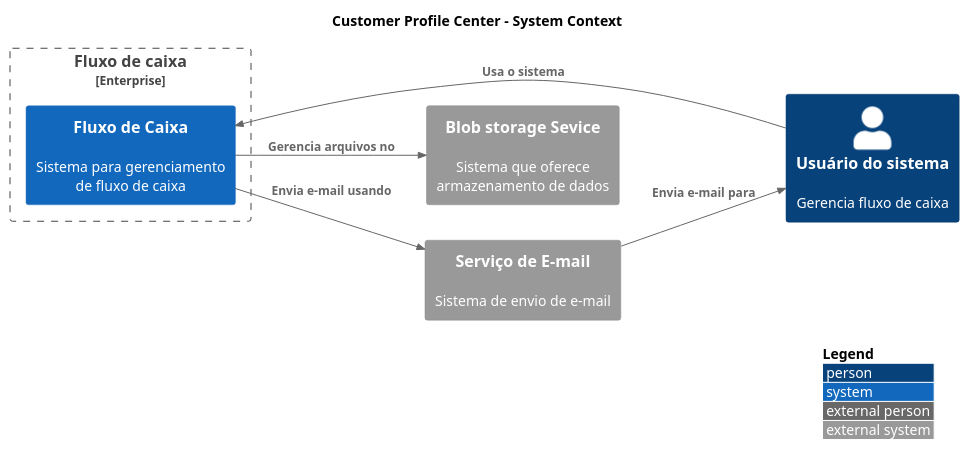
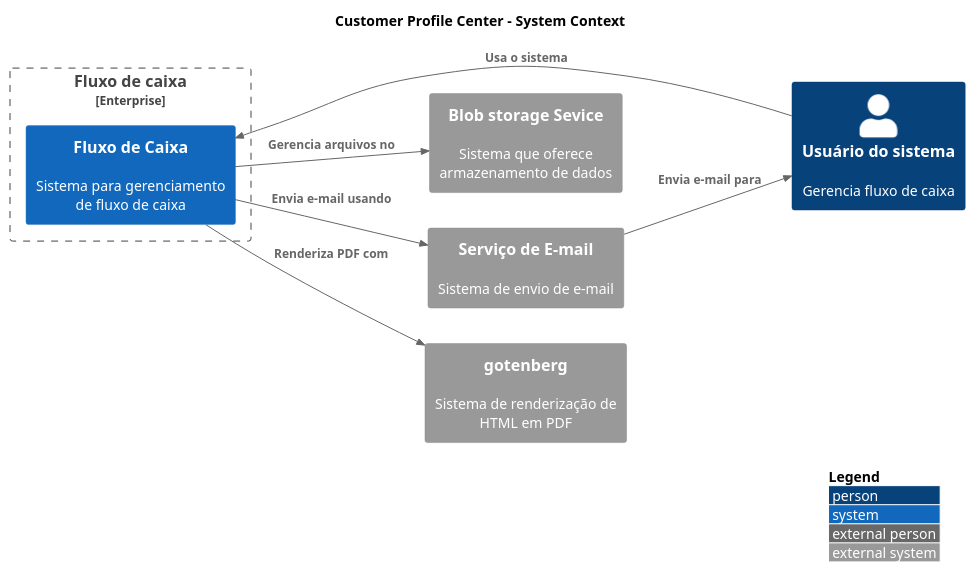
The diagram in Doc/SystemContext.puml (CristianoRC/Fluxo-De-Caixa), drawn with PlantUML before and after one commit.

Commit message:
Adiciona gotenberg no System Context

```diff
--- a/Doc/SystemContext.puml
+++ b/Doc/SystemContext.puml
@@ -1,23 +1,26 @@
 @startuml context
 !include https://raw.githubusercontent.com/plantuml-stdlib/C4-PlantUML/master/C4_Container.puml
 !include https://raw.githubusercontent.com/plantuml-stdlib/C4-PlantUML/master/C4_Context.puml
 
 LAYOUT_LANDSCAPE()
 LAYOUT_WITH_LEGEND()
 
 TITLE Customer Profile Center - System Context
 
 Enterprise_Boundary(boundary-fluxo-de-caixa, "Fluxo de caixa") {
   System(fluxoDeCaixa, "Fluxo de Caixa", "Sistema para gerenciamento de fluxo de caixa")
 }
 
 System_Ext(blobStorage, "Blob storage Sevice", "Sistema que oferece armazenamento de dados")
 System_Ext(mailSystem, "Serviço de E-mail", "Sistema de envio de e-mail")
+System_Ext(gotenberg, "gotenberg", "Sistema de renderização de HTML em PDF")
 Person(pessoa, "Usuário do sistema", "Gerencia fluxo de caixa")
 
 Rel(pessoa, fluxoDeCaixa, "Usa o sistema")
 Rel(fluxoDeCaixa, blobStorage, "Gerencia arquivos no")
 Rel(fluxoDeCaixa, mailSystem, "Envia e-mail usando")
+Rel(fluxoDeCaixa, gotenberg, "Renderiza PDF com")
 Rel(mailSystem, pessoa, "Envia e-mail para")
 
+
 @enduml
```
